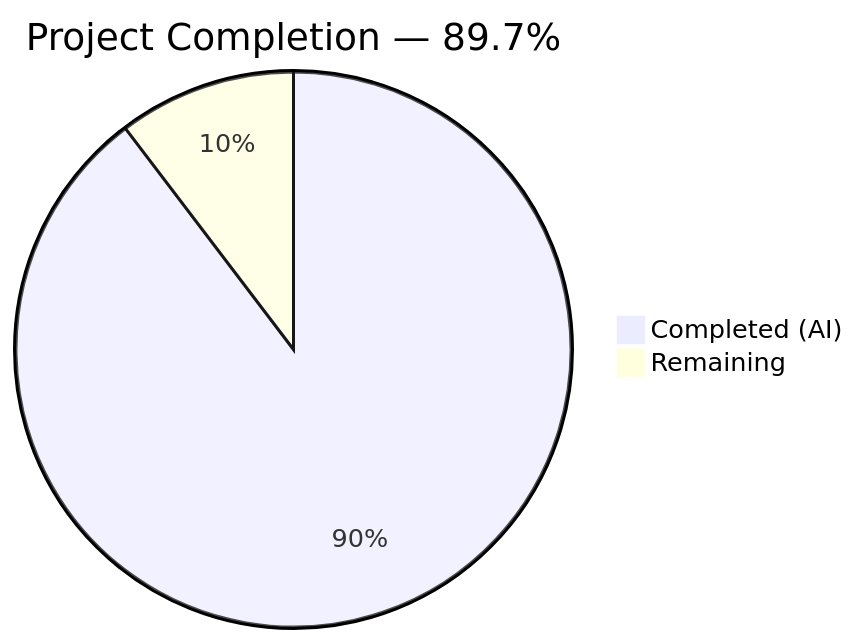
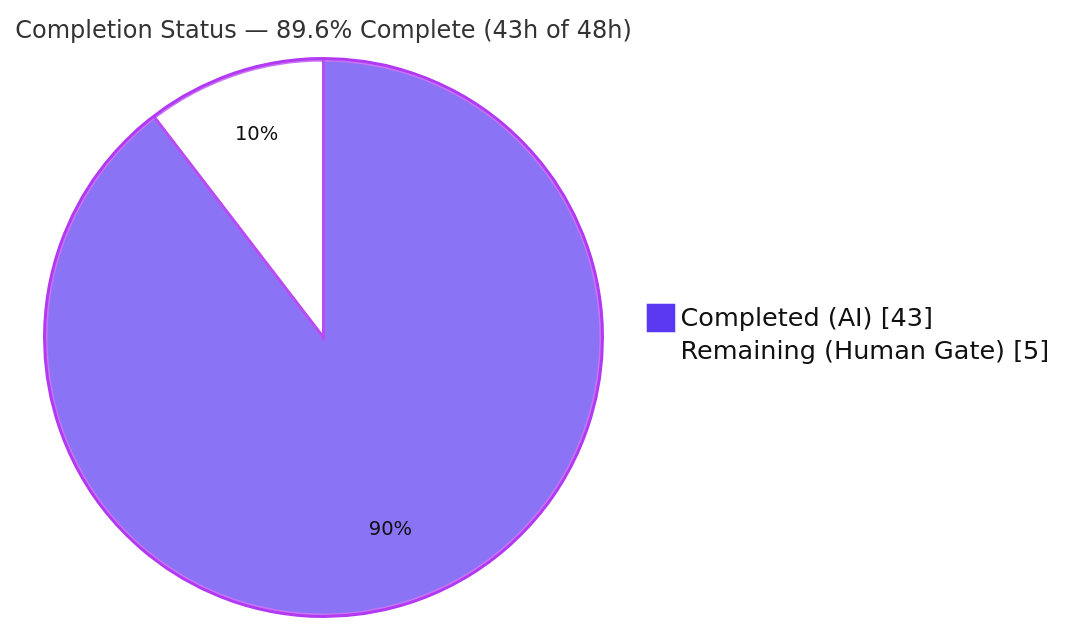
The first of 3 diagrams in blitzy/documentation/Project Guide.md (hardik-blitzy/react-todo-app), drawn with Mermaid before and after one commit. The commit also changed other lines of this file, not shown here.

Commit message:
Adding Blitzy Project Guide: Project Status and Human Tasks Remaining

````diff
--- a/blitzy/documentation/Project Guide.md
+++ b/blitzy/documentation/Project Guide.md
@@ -13,5 +17,6 @@
 ```mermaid
-pie title Project Completion — 89.7%
-    "Completed (AI)" : 52
-    "Remaining" : 6
+%%{init: {"theme":"base","themeVariables":{"pie1":"#5B39F3","pie2":"#FFFFFF","pieStrokeColor":"#B23AF2","pieStrokeWidth":"2px","pieOuterStrokeColor":"#B23AF2","pieOuterStrokeWidth":"2px","pieTitleTextSize":"16px","pieSectionTextColor":"#111111","pieSectionTextSize":"13px","pieLegendTextColor":"#111111"}}}%%
+pie showData title Completion Status — 89.6% Complete (43h of 48h)
+    "Completed (AI)" : 43
+    "Remaining (Human Gate)" : 5
 ```
````
